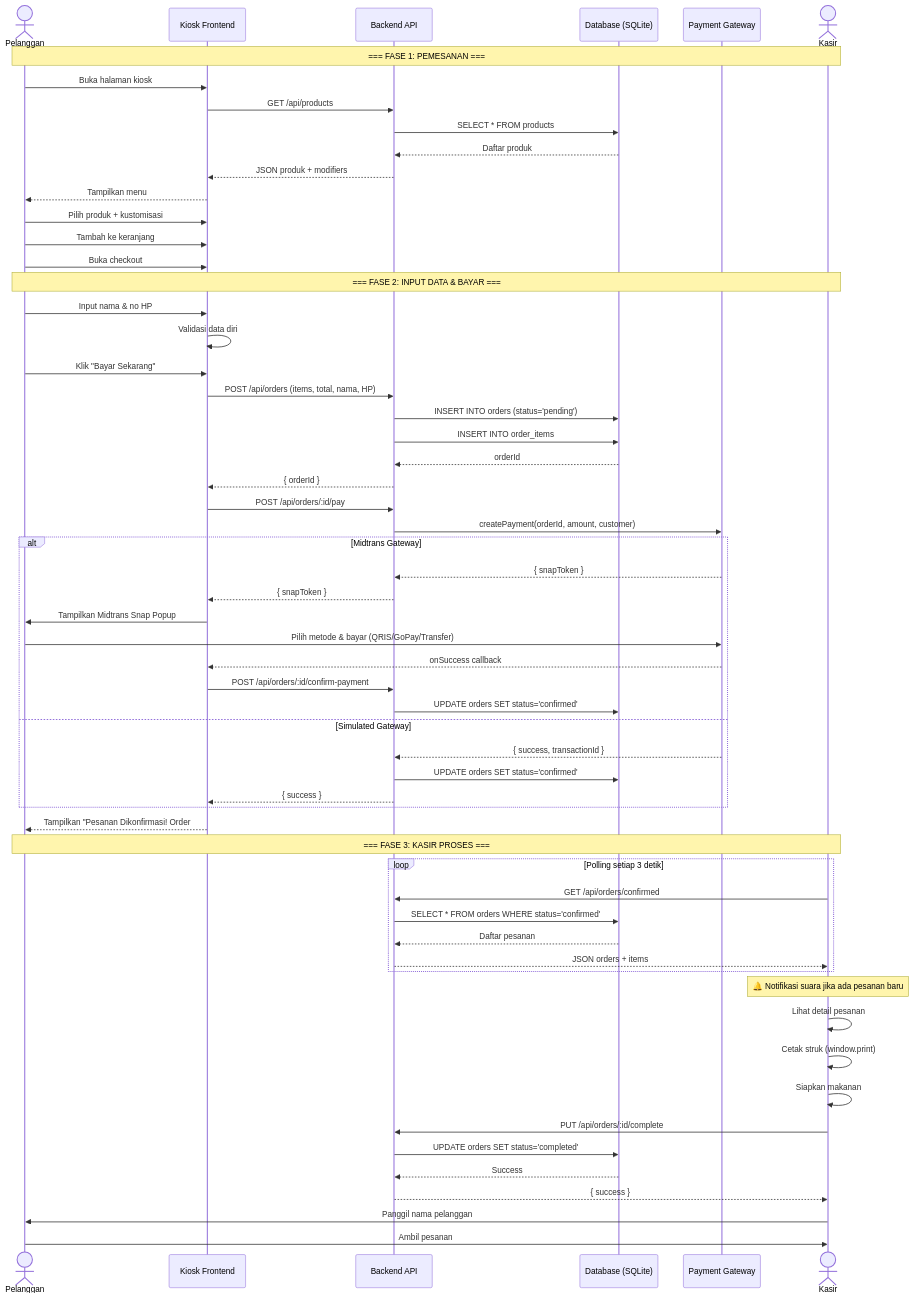
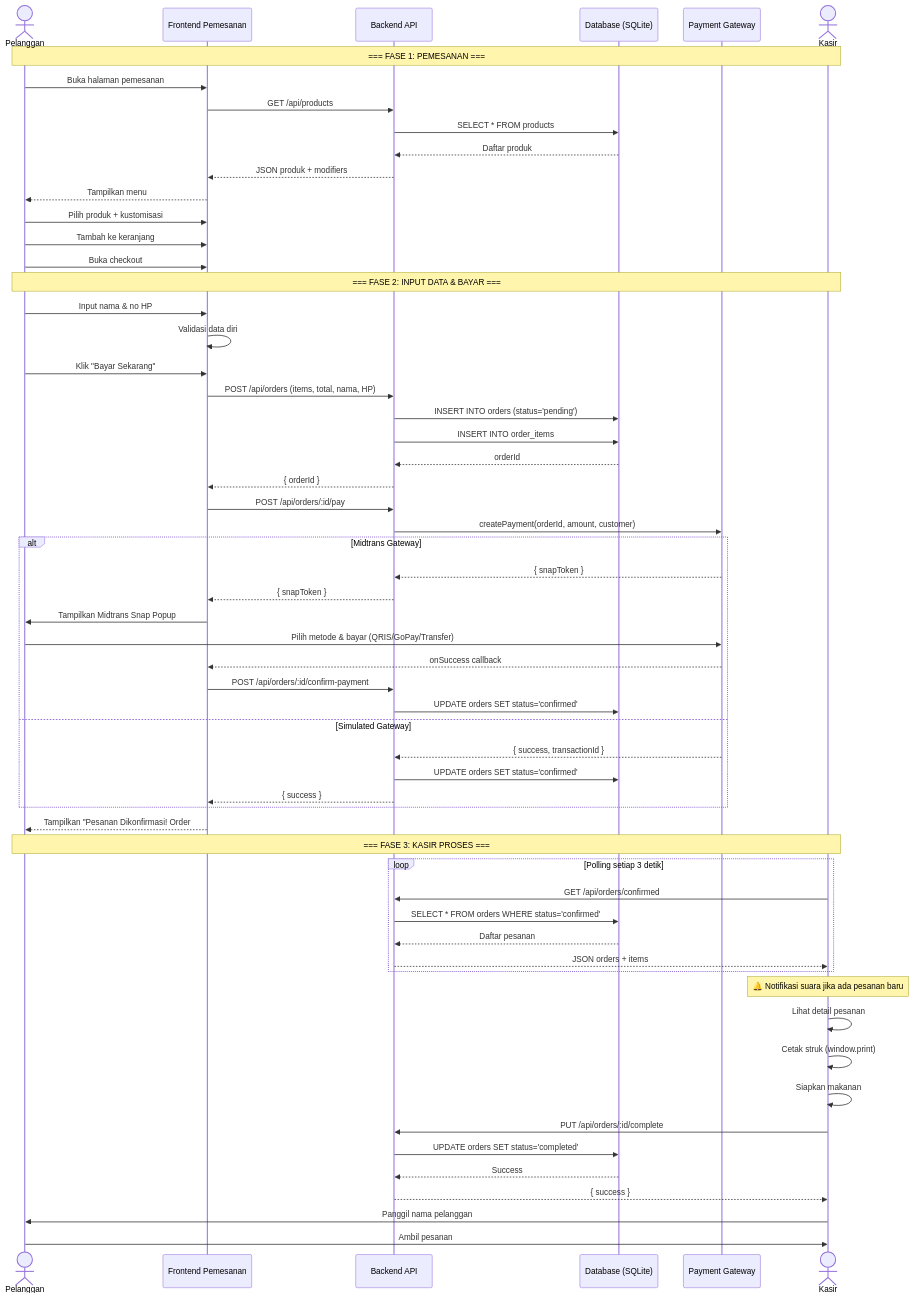
One commit to rafiudinazka/mie_wiwiek changed the eighth of 9 diagrams in business_process.md. Above: the diagram before and after it, drawn with Mermaid. The commit also changed other lines of this file and 12 other files, not shown here.

Commit message:
refactor: rename kiosk to sistem pemesanan mandiri

````diff
--- a/business_process.md
+++ b/business_process.md
@@ -417,76 +417,76 @@
 ```mermaid
 sequenceDiagram
     actor P as Pelanggan
-    participant K as Kiosk Frontend
+    participant K as Frontend Pemesanan
     participant B as Backend API
     participant DB as Database (SQLite)
     participant PG as Payment Gateway
     actor KS as Kasir
 
     Note over P,KS: === FASE 1: PEMESANAN ===
 
-    P->>K: Buka halaman kiosk
+    P->>K: Buka halaman pemesanan
     K->>B: GET /api/products
     B->>DB: SELECT * FROM products
     DB-->>B: Daftar produk
     B-->>K: JSON produk + modifiers
     K-->>P: Tampilkan menu
 
     P->>K: Pilih produk + kustomisasi
     P->>K: Tambah ke keranjang
     P->>K: Buka checkout
 
     Note over P,KS: === FASE 2: INPUT DATA & BAYAR ===
 
     P->>K: Input nama & no HP
     K->>K: Validasi data diri
     P->>K: Klik "Bayar Sekarang"
 
     K->>B: POST /api/orders (items, total, nama, HP)
     B->>DB: INSERT INTO orders (status='pending')
     B->>DB: INSERT INTO order_items
     DB-->>B: orderId
     B-->>K: { orderId }
 
     K->>B: POST /api/orders/:id/pay
     B->>PG: createPayment(orderId, amount, customer)
 
     alt Midtrans Gateway
         PG-->>B: { snapToken }
         B-->>K: { snapToken }
         K->>P: Tampilkan Midtrans Snap Popup
         P->>PG: Pilih metode & bayar (QRIS/GoPay/Transfer)
         PG-->>K: onSuccess callback
         K->>B: POST /api/orders/:id/confirm-payment
         B->>DB: UPDATE orders SET status='confirmed'
     else Simulated Gateway
         PG-->>B: { success, transactionId }
         B->>DB: UPDATE orders SET status='confirmed'
         B-->>K: { success }
     end
 
     K-->>P: Tampilkan "Pesanan Dikonfirmasi! Order #X"
 
     Note over P,KS: === FASE 3: KASIR PROSES ===
 
     loop Polling setiap 3 detik
         KS->>B: GET /api/orders/confirmed
         B->>DB: SELECT * FROM orders WHERE status='confirmed'
         DB-->>B: Daftar pesanan
         B-->>KS: JSON orders + items
     end
 
     Note over KS: 🔔 Notifikasi suara jika ada pesanan baru
 
     KS->>KS: Lihat detail pesanan
     KS->>KS: Cetak struk (window.print)
     KS->>KS: Siapkan makanan
 
     KS->>B: PUT /api/orders/:id/complete
     B->>DB: UPDATE orders SET status='completed'
     DB-->>B: Success
     B-->>KS: { success }
 
     KS->>P: Panggil nama pelanggan
     P->>KS: Ambil pesanan
 ```
````
